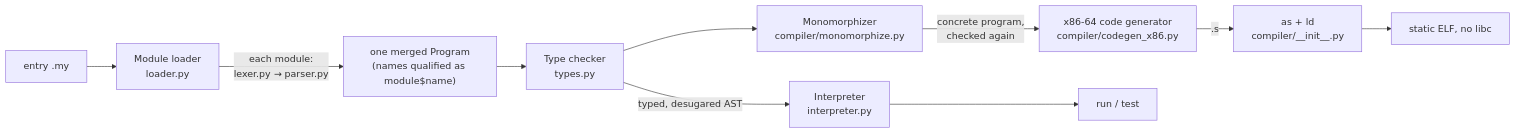
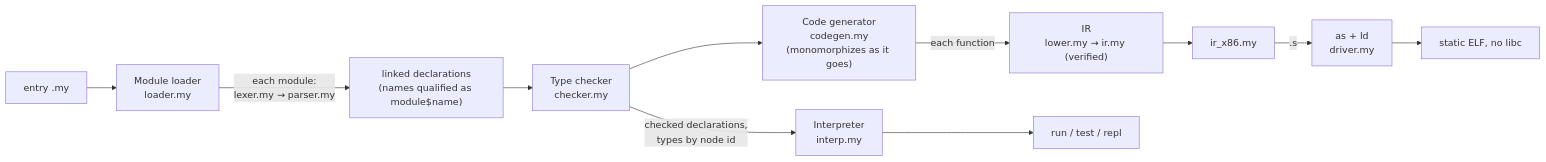
One commit to h3ll5ur7er/myla changed the diagram in docs/Architecture.md. Above: the diagram before and after it, drawn with Mermaid. The commit also changed other lines of this file and 40 other files, not shown here.

````diff
--- a/docs/Architecture.md
+++ b/docs/Architecture.md
@@ -9,12 +11,13 @@
 ```mermaid
 flowchart LR
-    entry["entry .my"] --> loader["Module loader<br/>loader.py"]
-    loader -->|"each module:<br/>lexer.py → parser.py"| merged["one merged Program<br/>(names qualified as module$name)"]
-    merged --> checker["Type checker<br/>types.py"]
-    checker -->|"typed, desugared AST"| interp["Interpreter<br/>interpreter.py"]
-    checker --> mono["Monomorphizer<br/>compiler/monomorphize.py"]
-    mono -->|"concrete program,<br/>checked again"| cg["x86-64 code generator<br/>compiler/codegen_x86.py"]
-    cg -->|".s"| asld["as + ld<br/>compiler/__init__.py"]
+    entry["entry .my"] --> loader["Module loader<br/>loader.my"]
+    loader -->|"each module:<br/>lexer.my → parser.my"| merged["linked declarations<br/>(names qualified as module$name)"]
+    merged --> checker["Type checker<br/>checker.my"]
+    checker -->|"checked declarations,<br/>types by node id"| interp["Interpreter<br/>interp.my"]
+    checker --> cg["Code generator<br/>codegen.my<br/>(monomorphizes as it goes)"]
+    cg -->|"each function"| ir["IR<br/>lower.my → ir.my (verified)"]
+    ir --> x86["ir_x86.my"]
+    x86 -->|".s"| asld["as + ld<br/>driver.my"]
     asld --> elf["static ELF, no libc"]
-    interp --> out["run / test"]
+    interp --> out["run / test / repl"]
 ```
````
